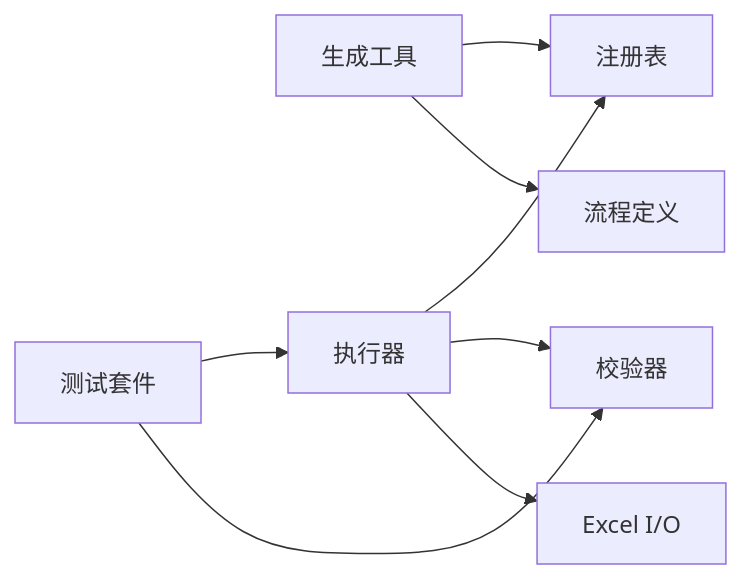
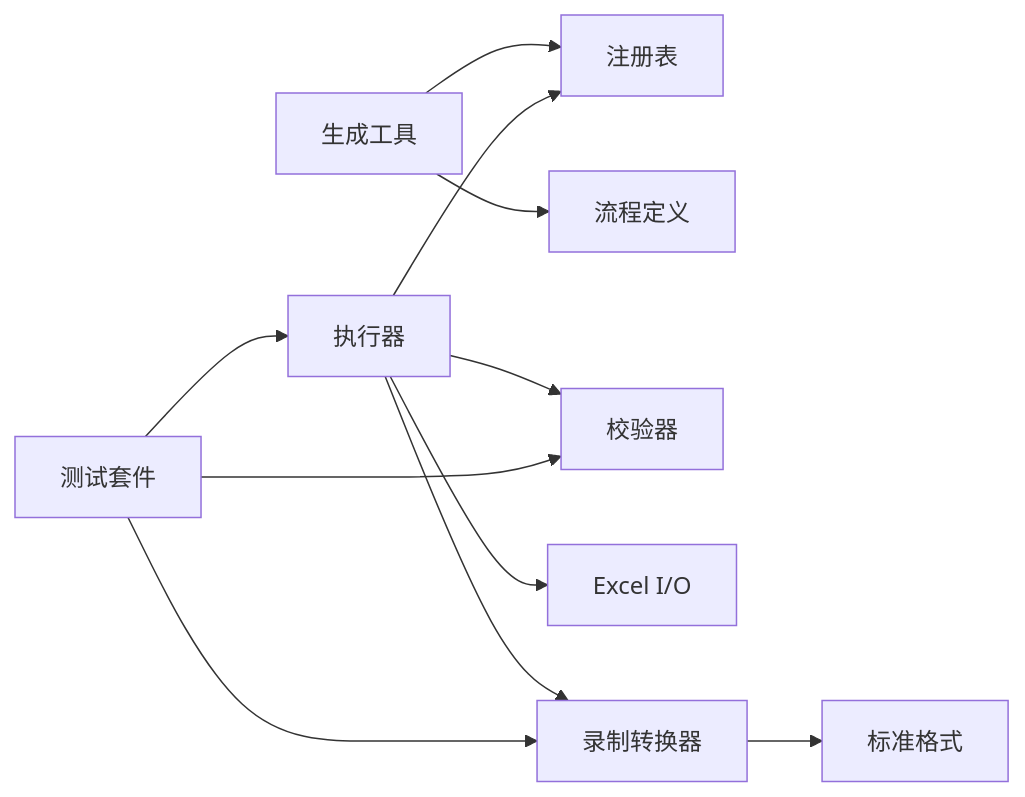
Before and after one commit to hanago33/WT_Automation: the tenth of 10 diagrams in .qoder/repowiki/zh/content/流程管理/流程包管理/流程包管理.md, drawn with Mermaid. The commit also changed other lines of this file and 220 other files, not shown here.

````diff
--- a/.qoder/repowiki/zh/content/流程管理/流程包管理/流程包管理.md
+++ b/.qoder/repowiki/zh/content/流程管理/流程包管理/流程包管理.md
@@ -419,10 +537,13 @@
 ```mermaid
 graph LR
 GEN["生成工具"] --> REG["注册表"]
 GEN --> DEF["流程定义"]
 EXEC["执行器"] --> REG
 EXEC --> VAL["校验器"]
 EXEC --> XLS["Excel I/O"]
+EXEC --> CONV["录制转换器"]
 TESTS["测试套件"] --> EXEC
 TESTS --> VAL
+TESTS --> CONV
+CONV --> STD["标准格式"]
 ```
````
